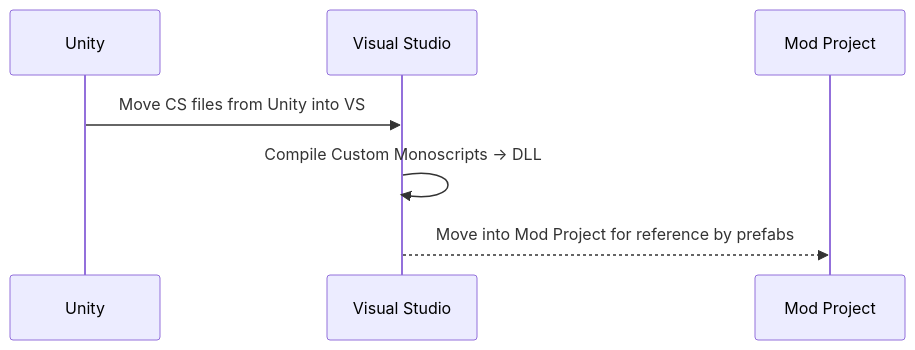
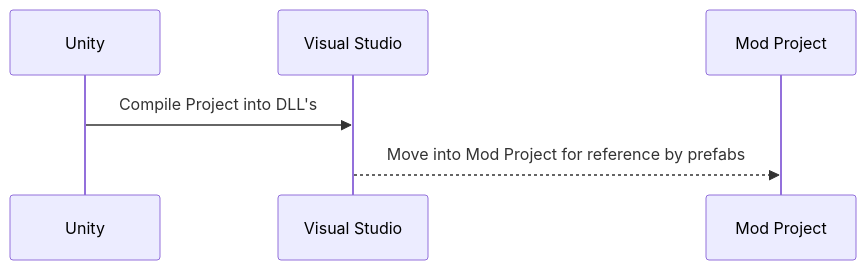
The diagram in How To Package MonoRepo.dll/Readme.md (VMP-Valheim/CustomMonoScripts), drawn with Mermaid before and after one commit. The commit also changed other lines of this file, not shown here.

````diff
--- a/How To Package MonoRepo.dll/Readme.md
+++ b/How To Package MonoRepo.dll/Readme.md
@@ -52,6 +40,5 @@
 ```mermaid
 sequenceDiagram
-Unity ->> Visual Studio: Move CS files from Unity into VS
-Visual Studio ->> Visual Studio: Compile Custom Monoscripts -> DLL
+Unity ->> Visual Studio: Compile Project into DLL's
 Visual Studio -->> Mod Project: Move into Mod Project for reference by prefabs
 ```
````
